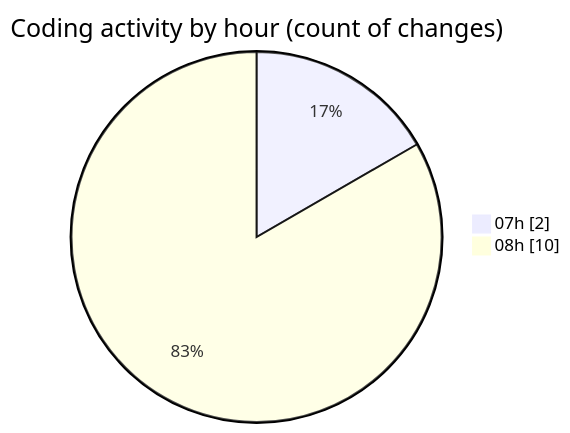
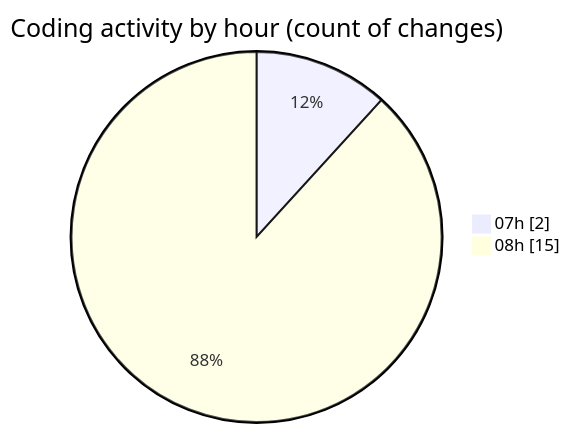
The second of 2 diagrams in 2025-03-11/termonied_testador/README.md (robertbonfada/code-tracking), drawn with Mermaid before and after one commit. The commit also changed other lines of this file and 1 other file, not shown here.

````diff
--- a/2025-03-11/termonied_testador/README.md
+++ b/2025-03-11/termonied_testador/README.md
@@ -32,6 +35,6 @@
 ```mermaid
 pie showData
 title Coding activity by hour (count of changes)
 "07h" : 2
-"08h" : 10
+"08h" : 15
 ```
````
